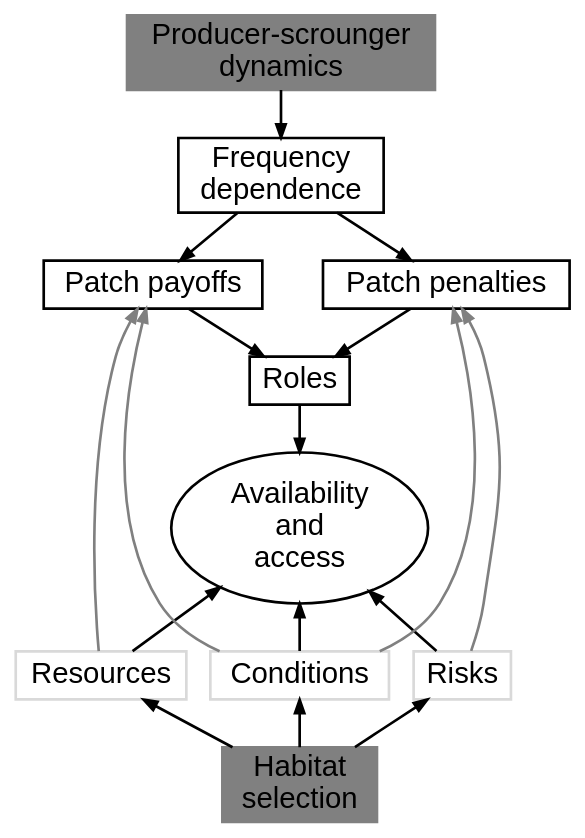
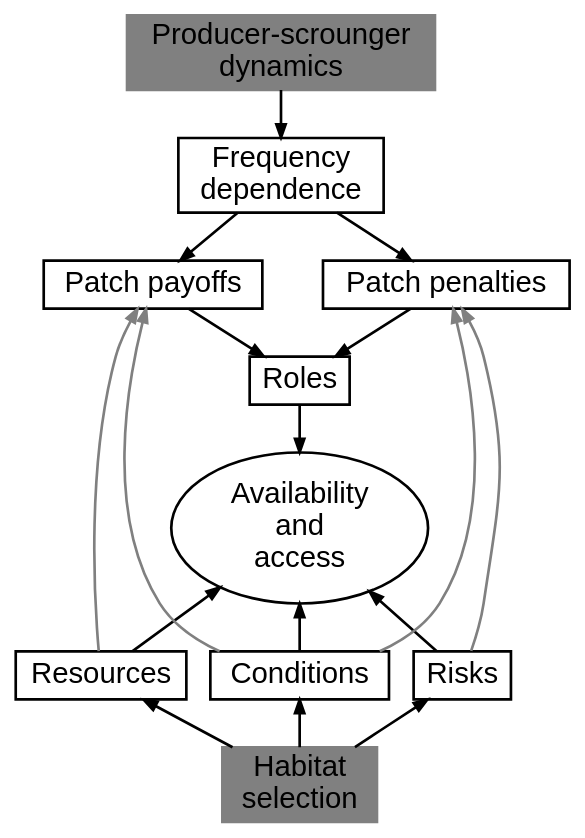
Before and after one commit to robitalec/comprehensive-exam: the diagram in gv/habitat-and-producer.gv, drawn with Graphviz.

Commit message:
fix extra grey

```diff
--- a/gv/habitat-and-producer.gv
+++ b/gv/habitat-and-producer.gv
@@ -1,35 +1,35 @@
 digraph habitat_and_producer {
 
   graph []
   rankdir = TB
 	node [fontsize = 22, shape = box, fontname = Helvetica, penwidth = 2]
 	edge [penwidth = 2]
 
 	Habitat [label = "Habitat\nselection", style = filled, color = grey]
 
-	Resources [color = grey85]
-	Conditions [color = grey85]
-	Risks [color = grey85]
+	Resources
+	Conditions
+	Risks
 
 	access_avail [label = "Availability\nand\naccess", shape = ellipse]
 
 	ps_dyn [label = "Producer-scrounger\ndynamics", style = filled, color = grey]
 	freq [label = "Frequency\ndependence"]
 	patch_penalties [label = "Patch penalties"]
 	patch_payoffs [label = "Patch payoffs"]
 
 
 	ps_dyn -> freq -> {patch_penalties patch_payoffs}
 
 	{patch_penalties patch_payoffs} -> Roles -> access_avail
 
 	access_avail -> {Resources Conditions Risks} [dir = back]
 
 	{patch_penalties} ->  Risks [color = grey, dir = back]
 	patch_payoffs -> Resources [color = grey, dir = back]
 	{patch_payoffs patch_penalties} -> Conditions [color = grey, dir = back]
 
 
 	{Resources Risks Conditions} -> Habitat [dir = back]
 
 }
```
